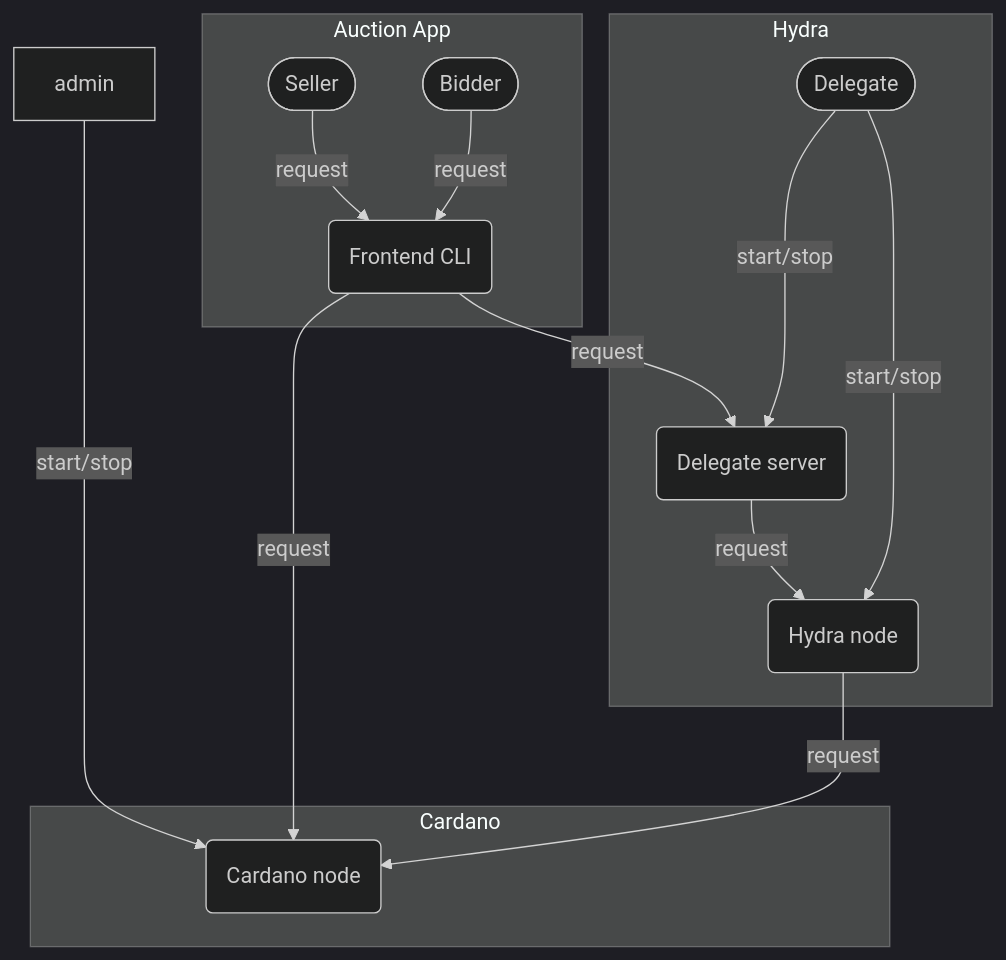
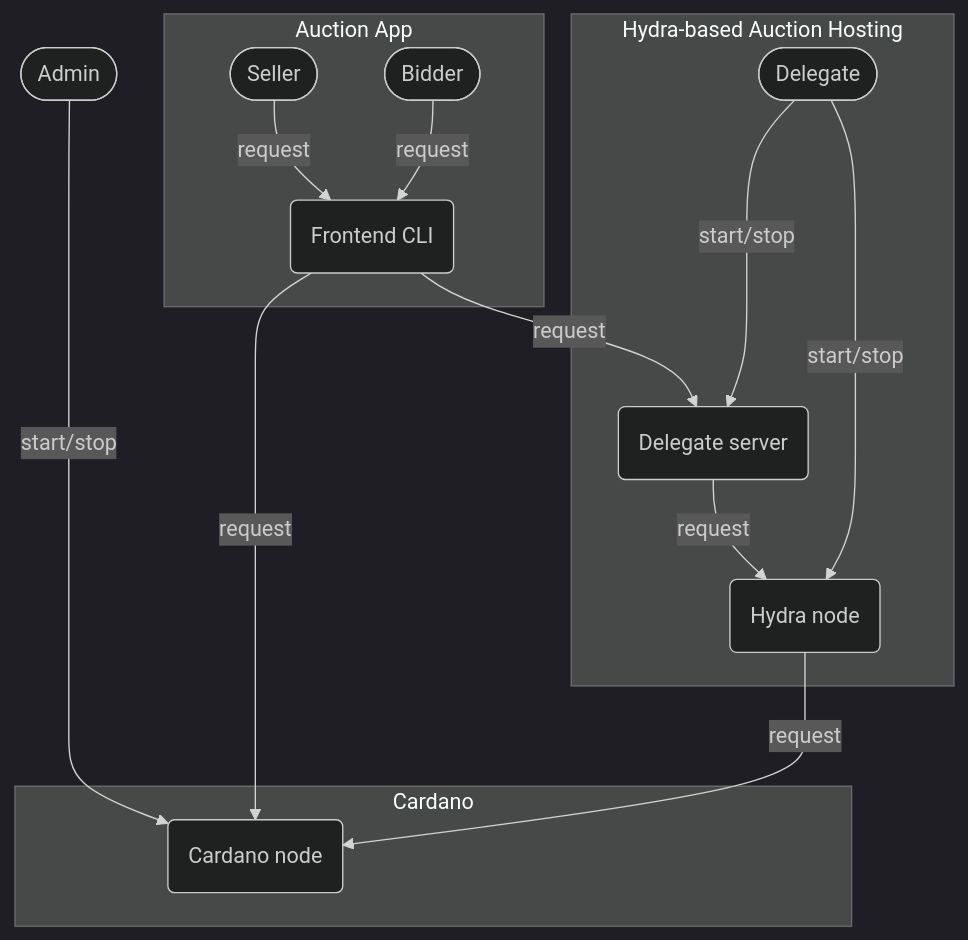
Before and after one commit to mlabs-haskell/hydra-auction: the diagram in doc/off_chain_spec.md, drawn with Mermaid (dark theme).

Commit message:
Tweak mermaid diagram in off-chain spec

````diff
--- a/doc/off_chain_spec.md
+++ b/doc/off_chain_spec.md
@@ -7,28 +7,30 @@
 ```mermaid
 flowchart TB
   subgraph Auction App
     seller([Seller])
     bidder([Bidder])
     frontend(Frontend CLI)
   end
 
-  subgraph Hydra
+  subgraph Hydra-based Auction Hosting
     delegate([Delegate])
     delegateServer(Delegate server)
     hydraNode(Hydra node)
   end
 
   subgraph Cardano
     cardanoNode(Cardano node)
   end
+
+  admin([Admin])
 
   admin -- start/stop -----> cardanoNode
   seller -- request --> frontend
   bidder -- request --> frontend
   frontend -- request --> cardanoNode
   frontend -- request --> delegateServer
   delegateServer -- request --> hydraNode
   delegate -- start/stop ---> delegateServer
   delegate -- start/stop ---> hydraNode
   hydraNode -- request --> cardanoNode
 ```
````
